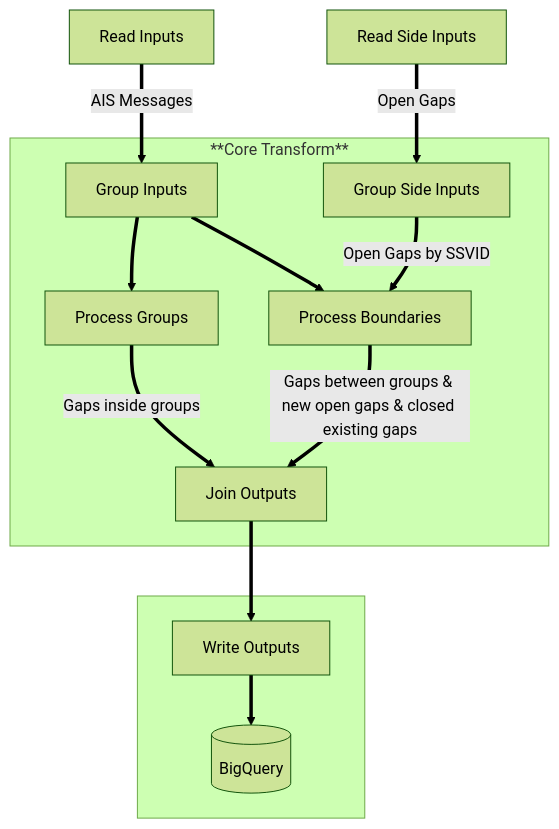
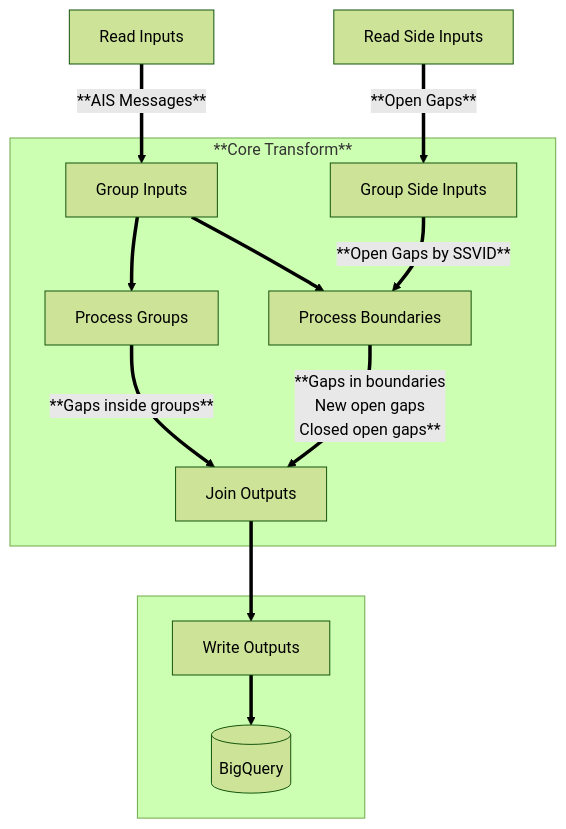
The diagram in README.md (GlobalFishingWatch/pipe-gaps), drawn with Mermaid (forest theme) before and after one commit. The commit also changed other lines of this file, not shown here.

Commit message:
Add important modules section

````diff
--- a/README.md
+++ b/README.md
@@ -267,17 +274,18 @@
 ```mermaid
-graph TD;
-    A[Read Inputs] ==> |AIS Messages| B[Group Inputs]
-    C[Read Side Inputs] ==> |Open Gaps| D[Group Side Inputs]
+flowchart TD;
+    A[Read Inputs] ==> |**AIS Messages**| B[Group Inputs]
+    C[Read Side Inputs] ==> |**Open Gaps**| D[Group Side Inputs]
+
     subgraph **Core Transform**
     B ==> E[Process Groups]
     B ==> F[Process Boundaries]
-    D ==> |Open Gaps by SSVID| F
-    E ==> |Gaps inside groups| H[Join Outputs]
-    F ==> |Gaps between groups & new open gaps & closed existing gaps| H
+    D ==> |**Open Gaps by SSVID**| F
+    E ==> |**Gaps inside groups**| H[Join Outputs]
+    F ==> |**Gaps in boundaries <br/> New open gaps <br/> Closed open gaps**| H
     end
 
     subgraph .
     H ==> K[Write Outputs]
     K ==> L[(BigQuery)]
     end
 ```
````
